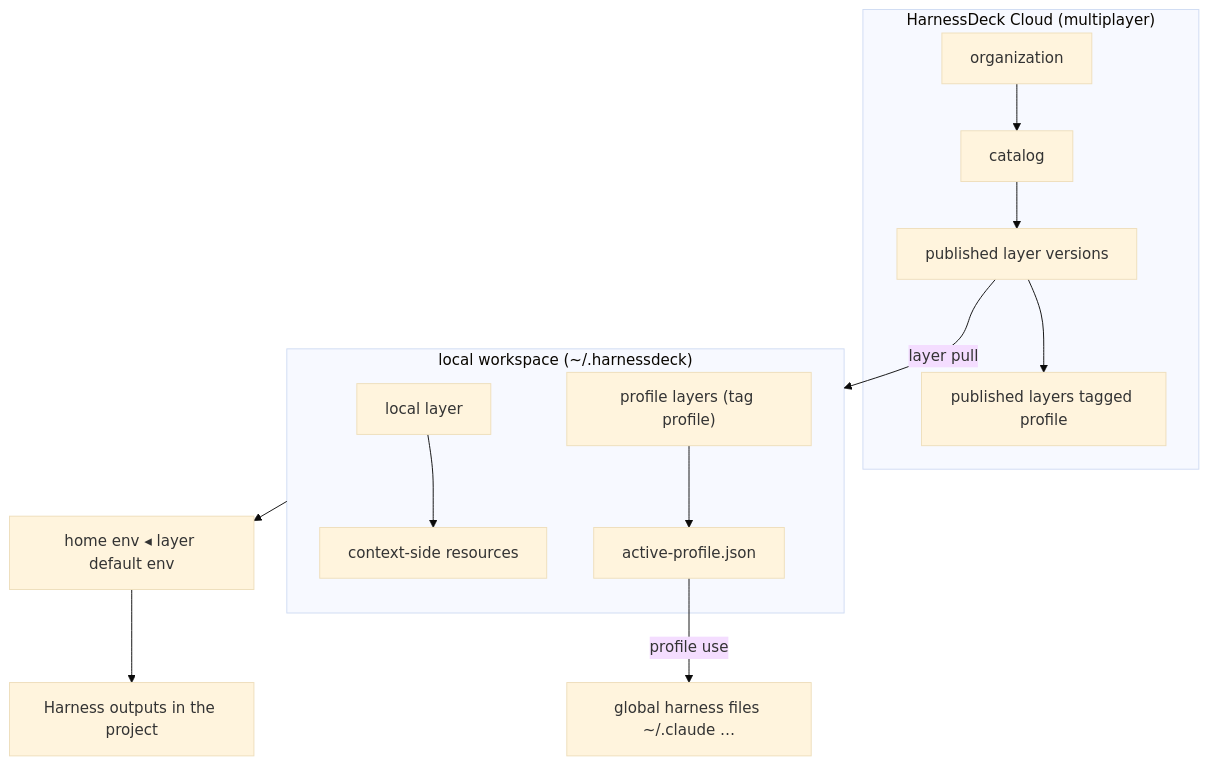
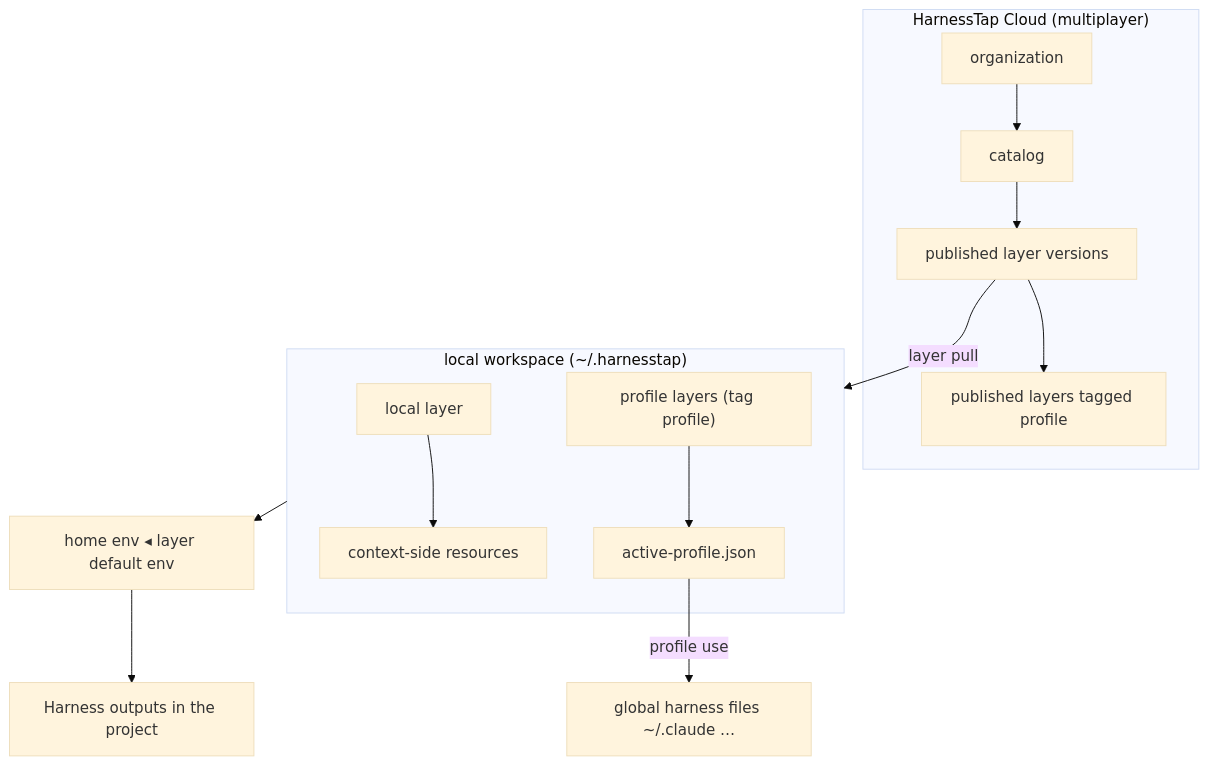
One commit to harnesstap/harnesstap changed the diagram in SPEC.md. Above: the diagram before and after it, drawn with Mermaid (base theme). The commit also changed other lines of this file and 56 other files, not shown here.

Commit message:
docs: rebrand CLI documentation to HarnessTap

````diff
--- a/SPEC.md
+++ b/SPEC.md
@@ -29,25 +29,25 @@
 ```mermaid
 flowchart TB
-  subgraph Cloud["HarnessDeck Cloud (multiplayer)"]
+  subgraph Cloud["HarnessTap Cloud (multiplayer)"]
     Org[organization]
     Cat[catalog]
     PubL[published layer versions]
     PubP["published layers tagged profile"]
     Org --> Cat --> PubL
     PubL --> PubP
   end
 
-  subgraph Workspace["local workspace (~/.harnessdeck)"]
+  subgraph Workspace["local workspace (~/.harnesstap)"]
     LL[local layer]
     Res[context-side resources]
     PL["profile layers (tag profile)"]
     AP[active-profile.json]
     LL --> Res
     PL --> AP
   end
 
   PubL -->|layer pull| Workspace
   Workspace --> Cascade["home env ◂ layer default env"]
   AP -->|profile use| Global["global harness files ~/.claude …"]
   Cascade --> Out[Harness outputs in the project]
 ```
````
